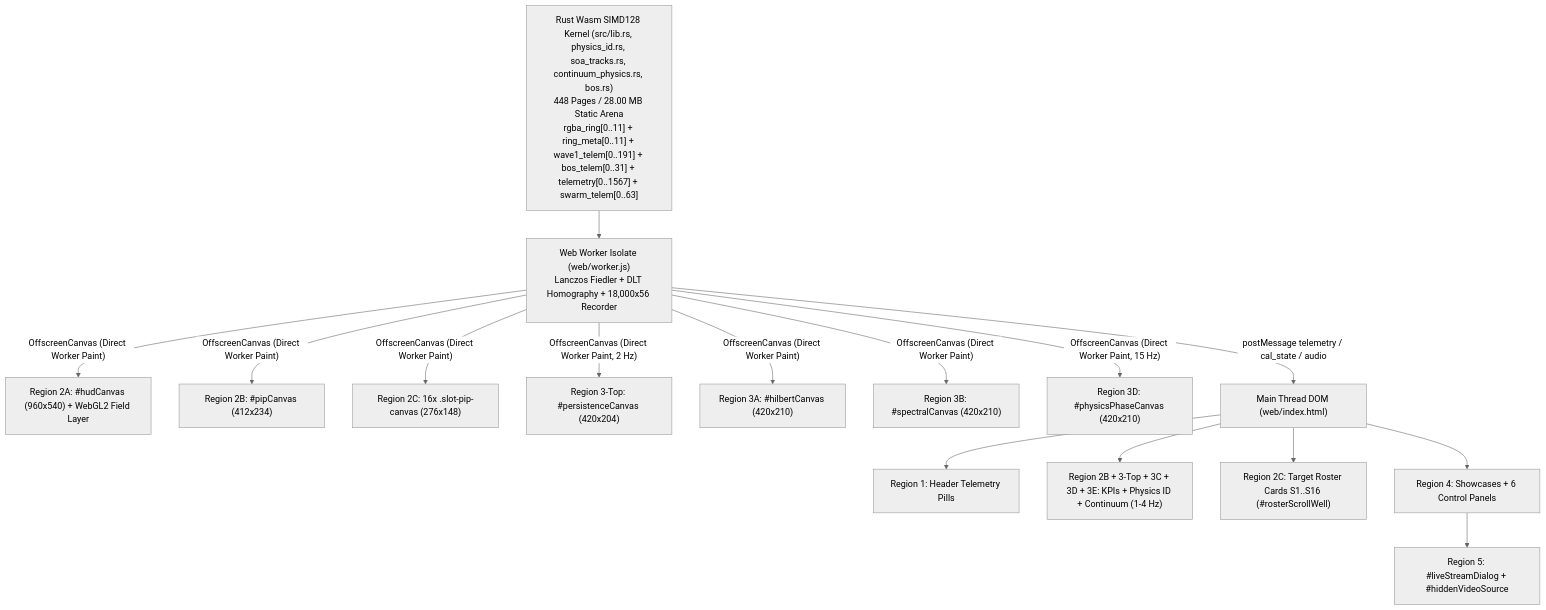
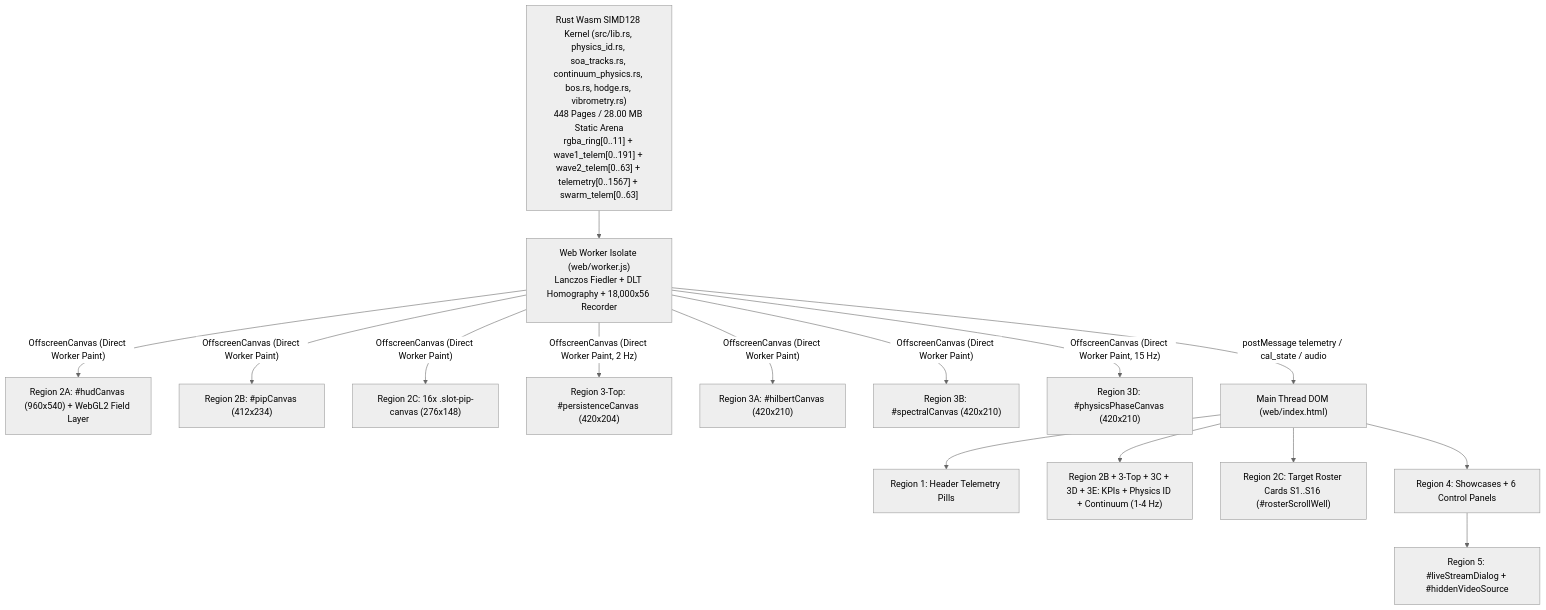
One commit to steph4n-gh/chronos-spectral changed the diagram in docs/UI_TELEMETRY_GUIDE.md. Above: the diagram before and after it, drawn with Mermaid (neutral theme). The commit also changed other lines of this file and 25 other files, not shown here.

````diff
--- a/docs/UI_TELEMETRY_GUIDE.md
+++ b/docs/UI_TELEMETRY_GUIDE.md
@@ -16,17 +16,17 @@
 ```mermaid
 flowchart TB
-  WASM["Rust Wasm SIMD128 Kernel (src/lib.rs, physics_id.rs, soa_tracks.rs, continuum_physics.rs, bos.rs)\n448 Pages / 28.00 MB Static Arena\nrgba_ring[0..11] + ring_meta[0..11] + wave1_telem[0..191] + bos_telem[0..31] + telemetry[0..1567] + swarm_telem[0..63]"] --> WORKER["Web Worker Isolate (web/worker.js)\nLanczos Fiedler + DLT Homography + 18,000x56 Recorder"]
+  WASM["Rust Wasm SIMD128 Kernel (src/lib.rs, physics_id.rs, soa_tracks.rs, continuum_physics.rs, bos.rs, hodge.rs, vibrometry.rs)\n448 Pages / 28.00 MB Static Arena\nrgba_ring[0..11] + wave1_telem[0..191] + wave2_telem[0..63] + telemetry[0..1567] + swarm_telem[0..63]"] --> WORKER["Web Worker Isolate (web/worker.js)\nLanczos Fiedler + DLT Homography + 18,000x56 Recorder"]
   WORKER -->|"OffscreenCanvas (Direct Worker Paint)"| HUD["Region 2A: #hudCanvas (960x540) + WebGL2 Field Layer"]
   WORKER -->|"OffscreenCanvas (Direct Worker Paint)"| PIP["Region 2B: #pipCanvas (412x234)"]
   WORKER -->|"OffscreenCanvas (Direct Worker Paint)"| ROSTERCANVAS["Region 2C: 16x .slot-pip-canvas (276x148)"]
   WORKER -->|"OffscreenCanvas (Direct Worker Paint, 2 Hz)"| PERSIST["Region 3-Top: #persistenceCanvas (420x204)"]
   WORKER -->|"OffscreenCanvas (Direct Worker Paint)"| HILBERT["Region 3A: #hilbertCanvas (420x210)"]
   WORKER -->|"OffscreenCanvas (Direct Worker Paint)"| SPECTRAL["Region 3B: #spectralCanvas (420x210)"]
   WORKER -->|"OffscreenCanvas (Direct Worker Paint, 15 Hz)"| PHYS["Region 3D: #physicsPhaseCanvas (420x210)"]
   WORKER -->|"postMessage telemetry / cal_state / audio"| DOM["Main Thread DOM (web/index.html)"]
   DOM --> HEADER["Region 1: Header Telemetry Pills"]
   DOM --> KPIS["Region 2B + 3-Top + 3C + 3D + 3E: KPIs + Physics ID + Continuum (1-4 Hz)"]
   DOM --> ROSTERDOM["Region 2C: Target Roster Cards S1..S16 (#rosterScrollWell)"]
   DOM --> CONTROLS["Region 4: Showcases + 6 Control Panels"]
   CONTROLS --> MODAL["Region 5: #liveStreamDialog + #hiddenVideoSource"]
 ```
````
